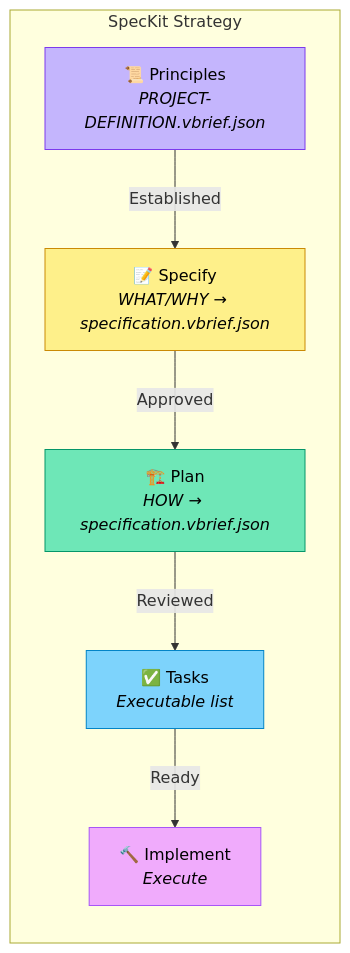
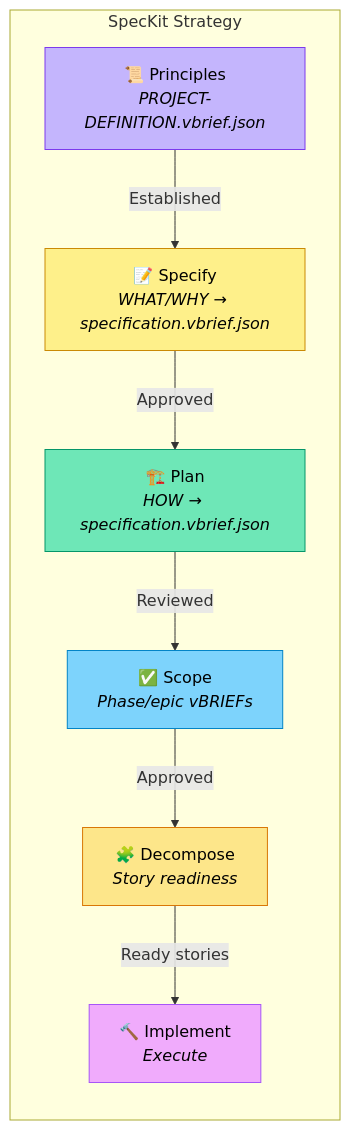
Before and after one commit to deftai/directive: the diagram in strategies/speckit.md, drawn with Mermaid. The commit also changed other lines of this file and 23 other files, not shown here.

````diff
--- a/strategies/speckit.md
+++ b/strategies/speckit.md
@@ -19,21 +19,24 @@
 ```mermaid
 flowchart LR
     subgraph speckit ["SpecKit Strategy"]
         P["📜 Principles<br/><i>PROJECT-DEFINITION.vbrief.json</i>"]
         S["📝 Specify<br/><i>WHAT/WHY → specification.vbrief.json</i>"]
         PL["🏗️ Plan<br/><i>HOW → specification.vbrief.json</i>"]
-        T["✅ Tasks<br/><i>Executable list</i>"]
+        T["✅ Scope<br/><i>Phase/epic vBRIEFs</i>"]
+        D["🧩 Decompose<br/><i>Story readiness</i>"]
         I["🔨 Implement<br/><i>Execute</i>"]
     end
 
     P -->|"Established"| S
     S -->|"Approved"| PL
     PL -->|"Reviewed"| T
-    T -->|"Ready"| I
+    T -->|"Approved"| D
+    D -->|"Ready stories"| I
 
     style P fill:#c4b5fd,stroke:#7c3aed,color:#000
     style S fill:#fef08a,stroke:#ca8a04,color:#000
     style PL fill:#6ee7b7,stroke:#059669,color:#000
     style T fill:#7dd3fc,stroke:#0284c7,color:#000
+    style D fill:#fde68a,stroke:#d97706,color:#000
     style I fill:#f0abfc,stroke:#a855f7,color:#000
 ```
````
